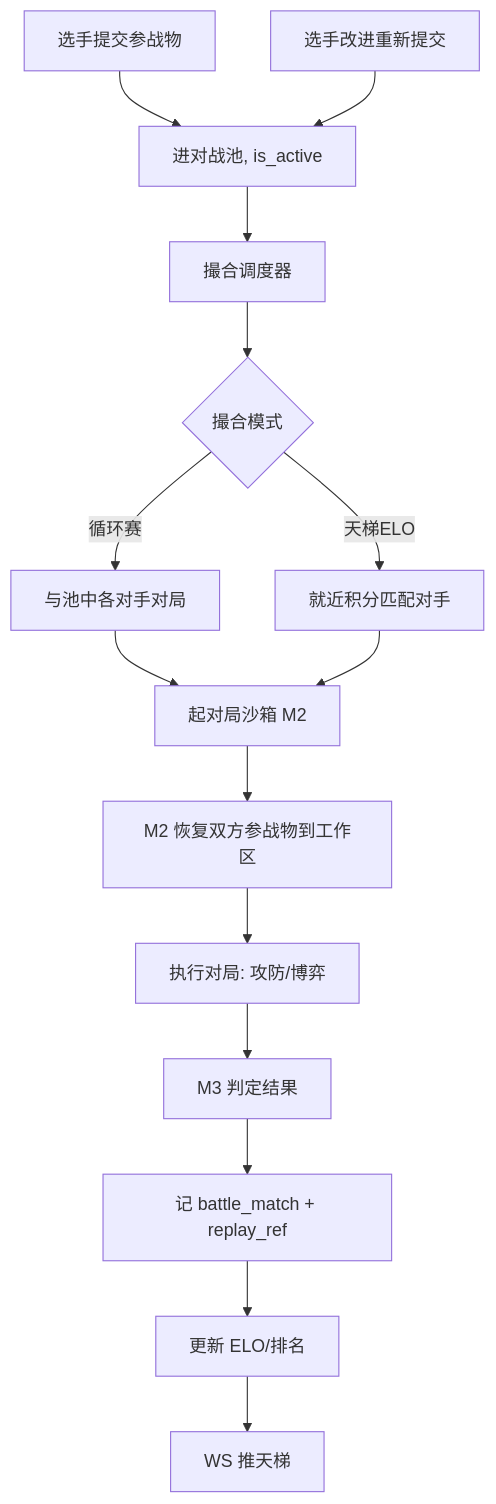
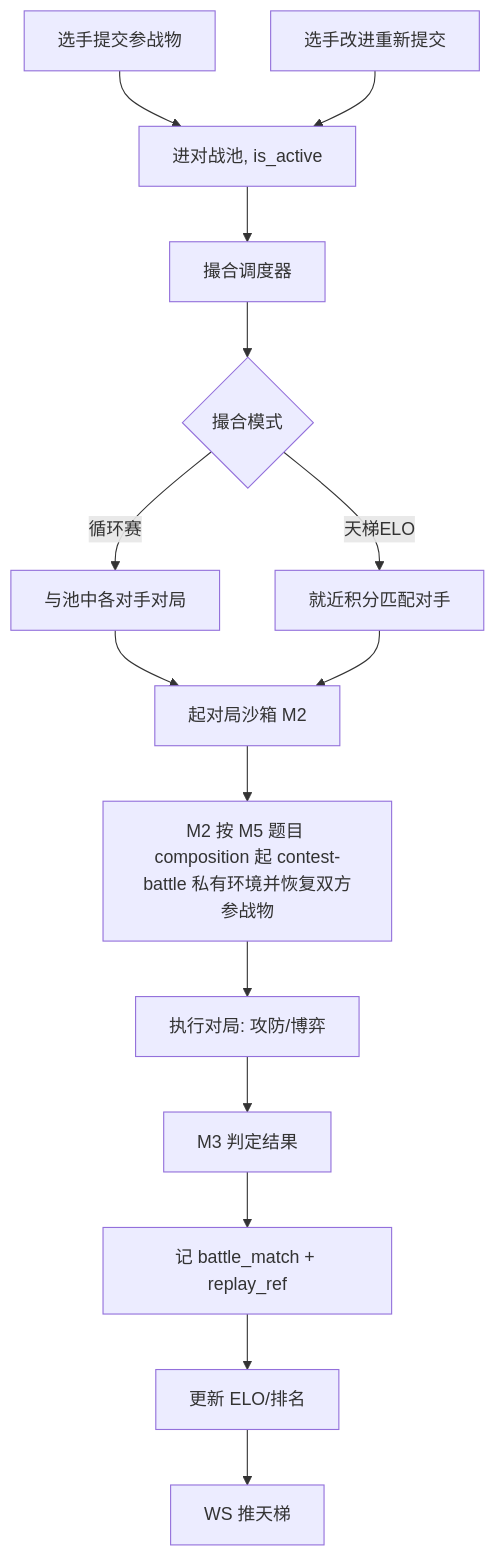
One commit to menghuishisan/CHAIMIR changed the fourth of 8 diagrams in docs/08-竞赛/05-业务流程与状态机.md. Above: the diagram before and after it, drawn with Mermaid. The commit also changed other lines of this file and 589 other files, not shown here.

````diff
--- a/docs/08-竞赛/05-业务流程与状态机.md
+++ b/docs/08-竞赛/05-业务流程与状态机.md
@@ -66,17 +67,17 @@
 ```mermaid
 flowchart TD
     A[选手提交参战物] --> B[进对战池, is_active]
     B --> C[撮合调度器]
     C --> D{撮合模式}
     D -->|循环赛| E[与池中各对手对局]
     D -->|天梯ELO| F[就近积分匹配对手]
     E --> G[起对局沙箱 M2]
     F --> G
-    G --> H0[M2 恢复双方参战物到工作区]
+    G --> H0[M2 按 M5 题目 composition 起 contest-battle 私有环境并恢复双方参战物]
     H0 --> H[执行对局: 攻防/博弈]
     H --> I[M3 判定结果]
     I --> J[记 battle_match + replay_ref]
     J --> K[更新 ELO/排名]
     K --> L[WS 推天梯]
     A2[选手改进重新提交] --> B
 ```
````
